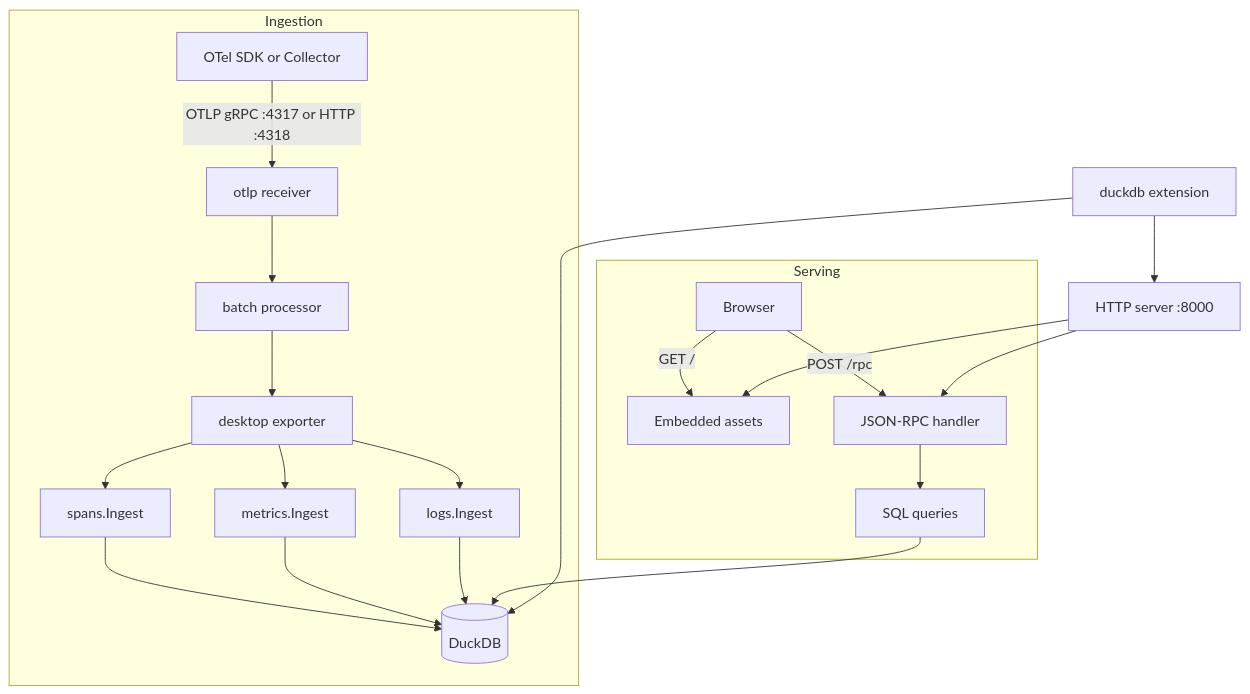
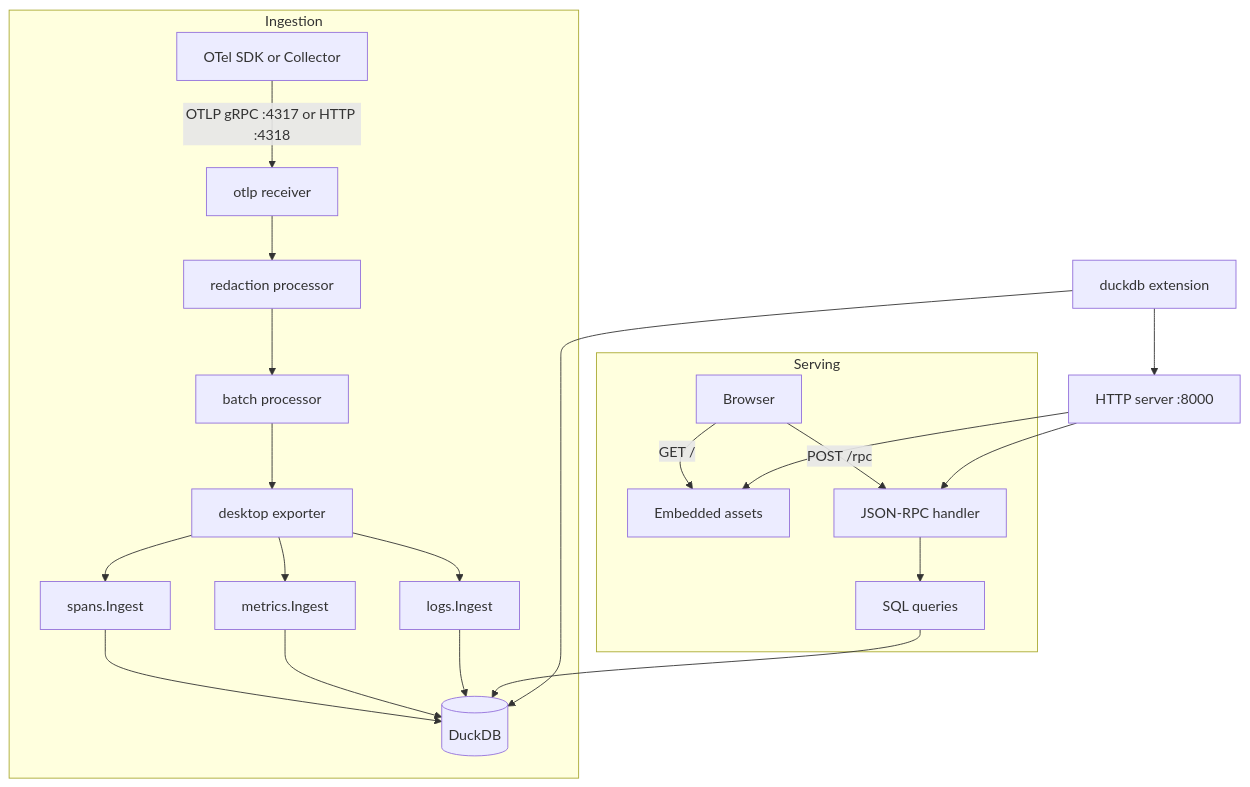
The diagram in docs/ARCHITECTURE.md (CtrlSpice/otel-desktop-viewer), drawn with Mermaid before and after one commit. The commit also changed other lines of this file and 13 other files, not shown here.

````diff
--- a/docs/ARCHITECTURE.md
+++ b/docs/ARCHITECTURE.md
@@ -10,26 +10,27 @@
 ```mermaid
 flowchart TB
   subgraph ingest [Ingestion]
     SDK[OTel SDK or Collector] -->|OTLP gRPC :4317 or HTTP :4318| OTLP[otlp receiver]
-    OTLP --> Batch[batch processor]
+    OTLP --> Redaction[redaction processor]
+    Redaction --> Batch[batch processor]
     Batch --> Desktop[desktop exporter]
     Desktop --> Spans[spans.Ingest]
     Desktop --> Metrics[metrics.Ingest]
     Desktop --> Logs[logs.Ingest]
     Spans --> DuckDB[(DuckDB)]
     Metrics --> DuckDB
     Logs --> DuckDB
   end
 
   subgraph serve [Serving]
     Browser[Browser] -->|GET /| Static[Embedded assets]
     Browser -->|POST /rpc| RPC[JSON-RPC handler]
     RPC --> Queries[SQL queries]
     Queries --> DuckDB
   end
 
   DuckDBExt[duckdb extension] --> DuckDB
   DuckDBExt --> HTTP[HTTP server :8000]
   HTTP --> Static
   HTTP --> RPC
 ```
````
